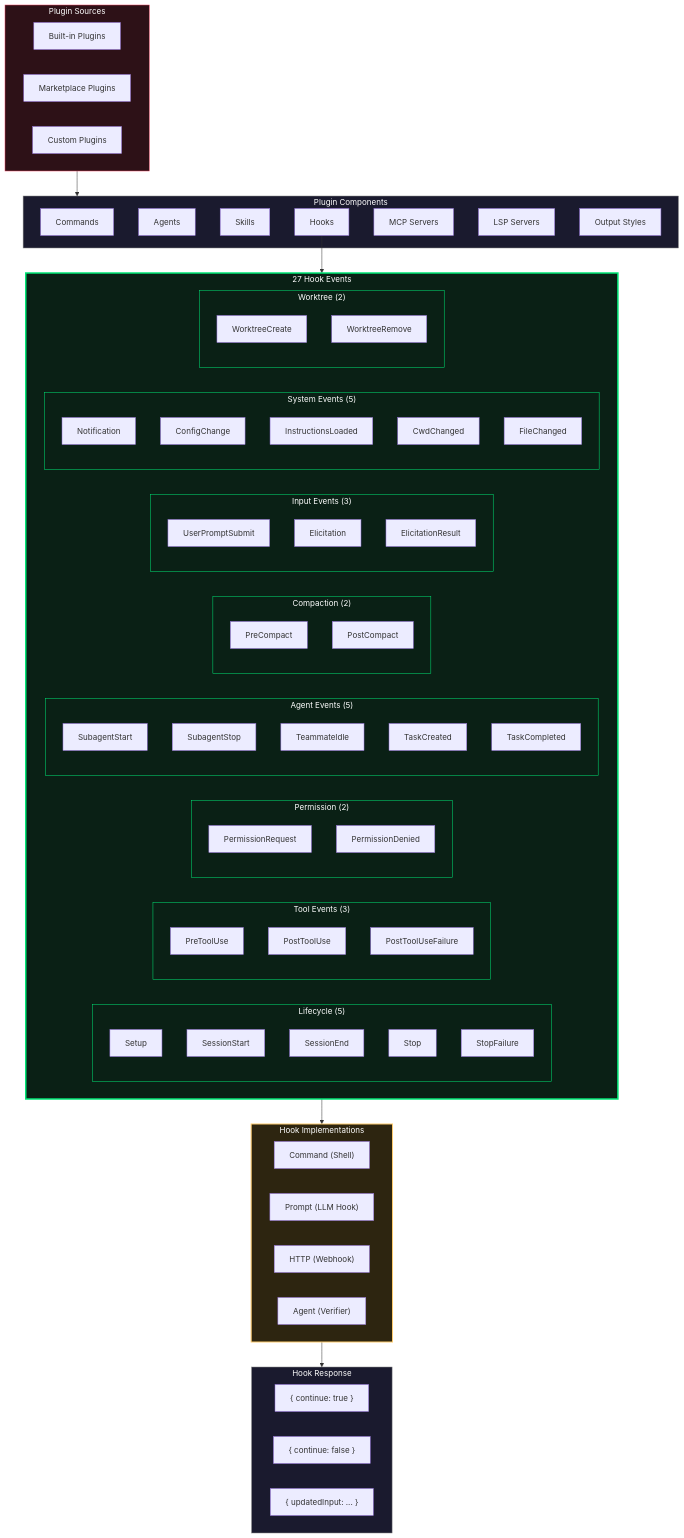
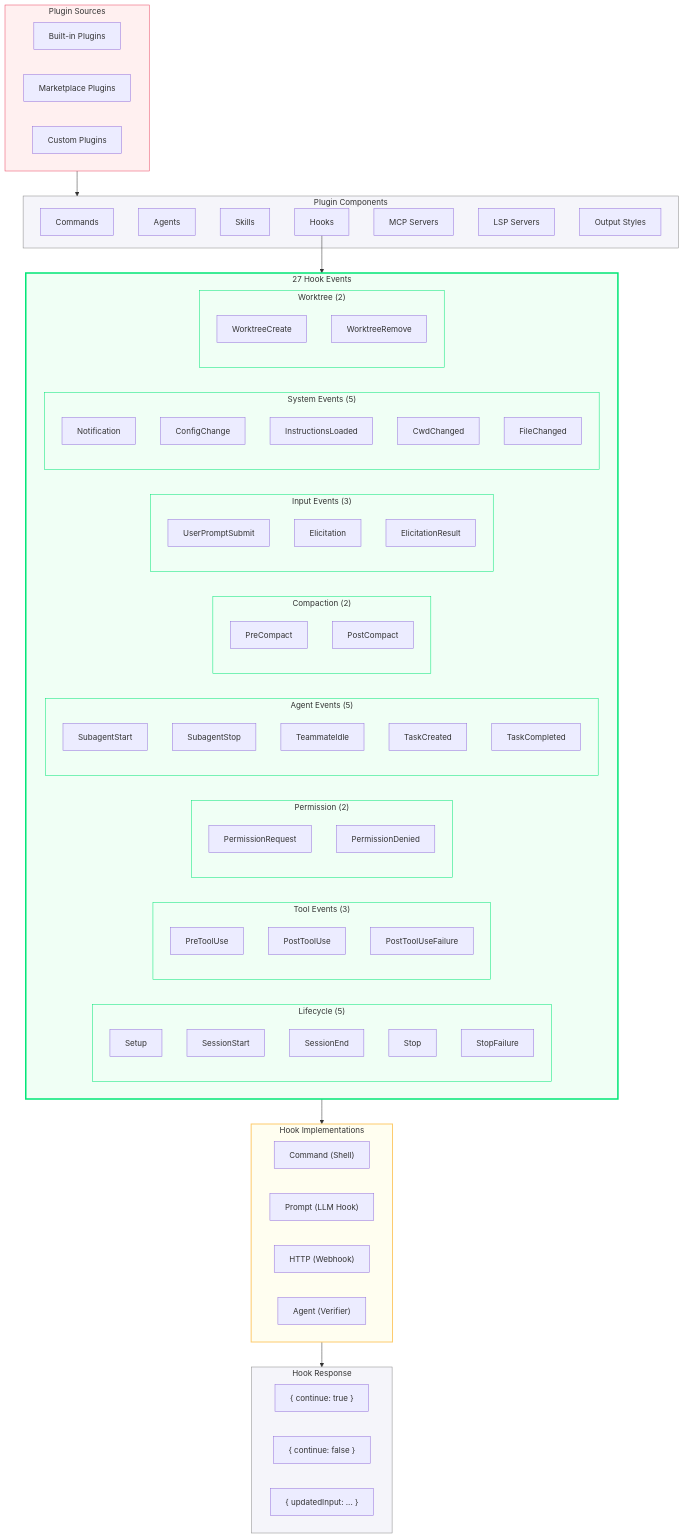
One commit to PavelValentov/multi-agent-architecture changed the ninth of 14 diagrams in DIAGRAMS.md. Above: the diagram before and after it, drawn with Mermaid. The commit also changed other lines of this file, not shown here.

First line of the commit message:
Switch diagram backgrounds to light pastels for white theme compatibility

````diff
--- a/DIAGRAMS.md
+++ b/DIAGRAMS.md
@@ -811,17 +811,17 @@
     HookEvents --> HookImpl
     HookImpl --> HookResponse
 
-    style PluginSources fill:#2d1117,stroke:#e94560,stroke-width:1px,color:#fff
-    style PluginComponents fill:#1a1a2e,stroke:#888,stroke-width:1px,color:#fff
-    style HookEvents fill:#0a2015,stroke:#00e676,stroke-width:3px,color:#fff
-    style LifecycleHooks fill:#0a2015,stroke:#00e676,stroke-width:1px,color:#fff
-    style ToolHooks fill:#0a2015,stroke:#00e676,stroke-width:1px,color:#fff
-    style PermHooks fill:#0a2015,stroke:#00e676,stroke-width:1px,color:#fff
-    style AgentHooks fill:#0a2015,stroke:#00e676,stroke-width:1px,color:#fff
-    style CompactHooks fill:#0a2015,stroke:#00e676,stroke-width:1px,color:#fff
-    style InputHooks fill:#0a2015,stroke:#00e676,stroke-width:1px,color:#fff
-    style SystemHooks fill:#0a2015,stroke:#00e676,stroke-width:1px,color:#fff
-    style WorktreeHooks fill:#0a2015,stroke:#00e676,stroke-width:1px,color:#fff
-    style HookImpl fill:#2d2510,stroke:#fdcb6e,stroke-width:2px,color:#fff
-    style HookResponse fill:#1a1a2e,stroke:#888,stroke-width:1px,color:#fff
+    style PluginSources fill:#fff0f0,stroke:#e94560,stroke-width:1px,color:#333
+    style PluginComponents fill:#f5f5fa,stroke:#888,stroke-width:1px,color:#333
+    style HookEvents fill:#f0fff5,stroke:#00e676,stroke-width:3px,color:#333
+    style LifecycleHooks fill:#f0fff5,stroke:#00e676,stroke-width:1px,color:#333
+    style ToolHooks fill:#f0fff5,stroke:#00e676,stroke-width:1px,color:#333
+    style PermHooks fill:#f0fff5,stroke:#00e676,stroke-width:1px,color:#333
+    style AgentHooks fill:#f0fff5,stroke:#00e676,stroke-width:1px,color:#333
+    style CompactHooks fill:#f0fff5,stroke:#00e676,stroke-width:1px,color:#333
+    style InputHooks fill:#f0fff5,stroke:#00e676,stroke-width:1px,color:#333
+    style SystemHooks fill:#f0fff5,stroke:#00e676,stroke-width:1px,color:#333
+    style WorktreeHooks fill:#f0fff5,stroke:#00e676,stroke-width:1px,color:#333
+    style HookImpl fill:#fffef0,stroke:#fdcb6e,stroke-width:2px,color:#333
+    style HookResponse fill:#f5f5fa,stroke:#888,stroke-width:1px,color:#333
 ```
````
